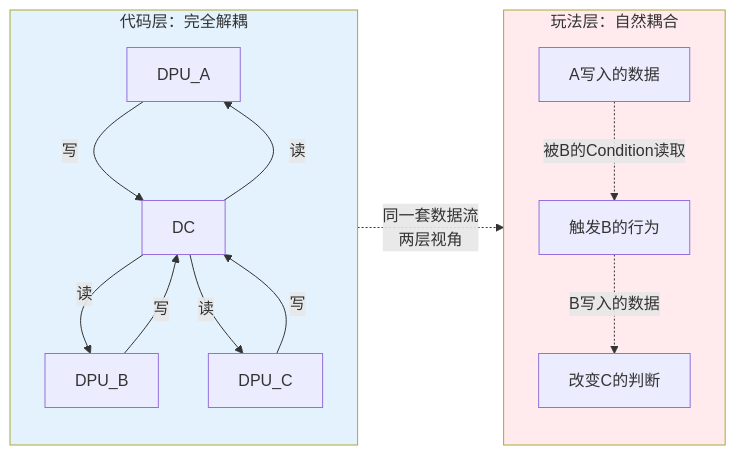
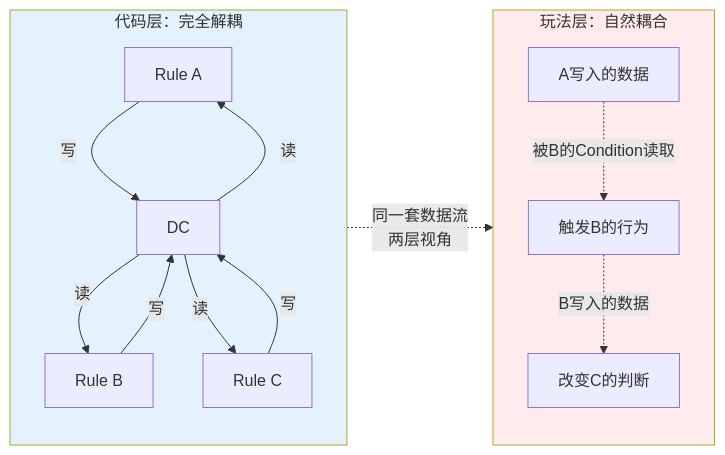
The third of 3 diagrams in doc/damagePipeline/架构设计.md (ZiJinZiMing/SagaStats), drawn with Mermaid before and after one commit. The commit also changed other lines of this file and 101 other files, not shown here.

````diff
--- a/doc/damagePipeline/架构设计.md
+++ b/doc/damagePipeline/架构设计.md
@@ -222,21 +861,21 @@
 ```mermaid
 graph LR
     subgraph 解耦["代码层：完全解耦"]
-        DPU_A["DPU_A"] -->|写| DC["DC"]
-        DPU_B["DPU_B"] -->|写| DC
-        DPU_C["DPU_C"] -->|写| DC
+        DPU_A["Rule A"] -->|写| DC["DC"]
+        DPU_B["Rule B"] -->|写| DC
+        DPU_C["Rule C"] -->|写| DC
         DC -->|读| DPU_A
         DC -->|读| DPU_B
         DC -->|读| DPU_C
     end
 
     subgraph 耦合["玩法层：自然耦合"]
         E1["A写入的数据"] -.->|"被B的Condition读取"| E2["触发B的行为"]
         E2 -.->|"B写入的数据"| E3["改变C的判断"]
     end
 
     解耦 -.->|"同一套数据流<br/>两层视角"| 耦合
 
     style 解耦 fill:#e3f2fd
     style 耦合 fill:#ffebee
 ```
````
